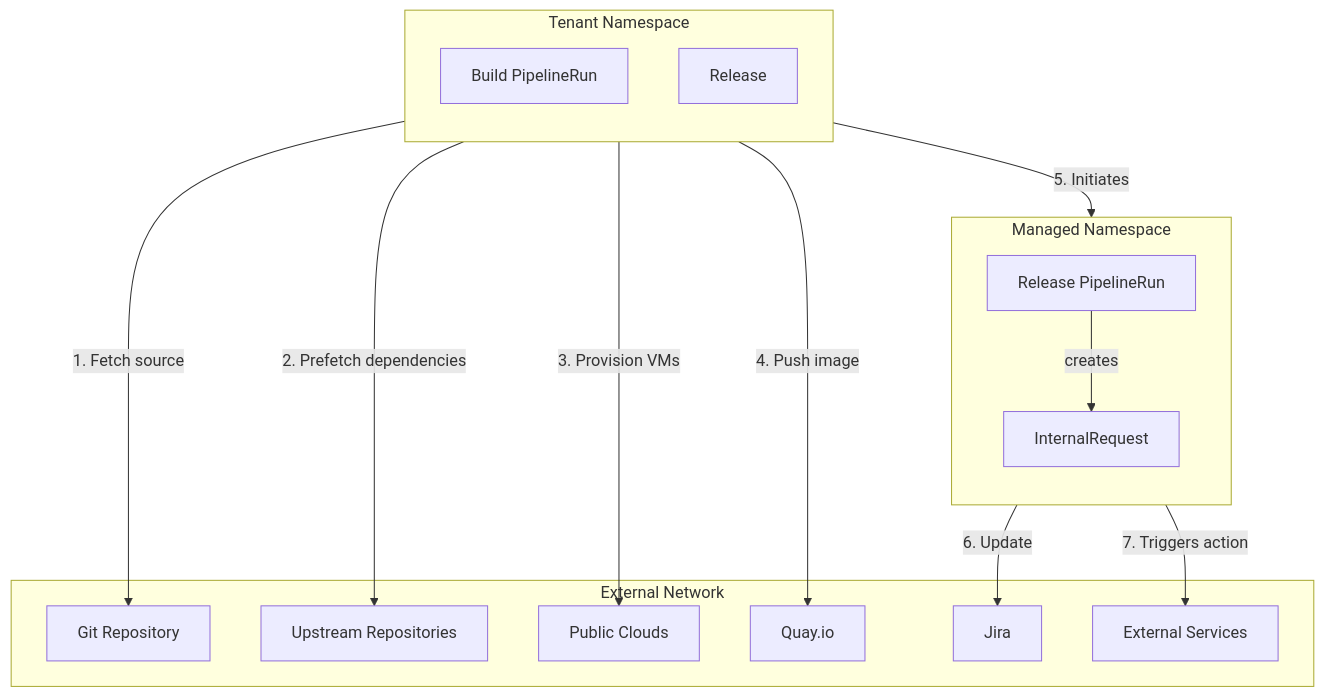
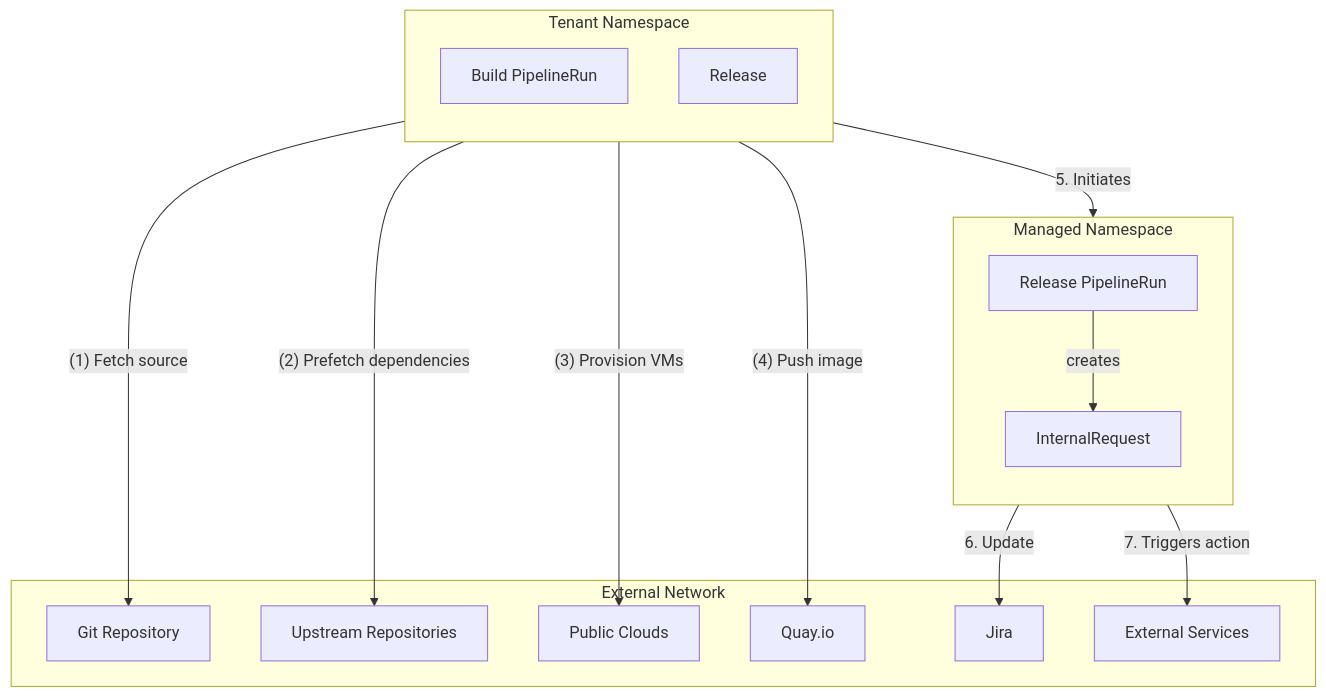
One commit to konflux-ci/architecture changed the third of 3 diagrams in architecture/index.md. Above: the diagram before and after it, drawn with Mermaid.

Commit message:
Are these supported?

````diff
--- a/architecture/index.md
+++ b/architecture/index.md
@@ -280,32 +280,32 @@
 ```mermaid
 graph TD
     subgraph tn[Tenant Namespace]
         direction TB
         bpr["Build PipelineRun"]
         r["Release"]
     end
 
     subgraph mn[Managed Namespace]
         direction TB
         rpr["Release PipelineRun"]
         ir["InternalRequest"]
     end
 
     subgraph ext[External Network]
         git[Git Repository]
         upstream_repos["Upstream Repositories"]
         clouds[Public Clouds]
         quay[Quay.io]
         jira[Jira]
         ext_svc[External Services]
     end
 
-    bpr -- "1. Fetch source" --> git
-    bpr -- "2. Prefetch dependencies" --> upstream_repos
-    bpr -- "3. Provision VMs" --> clouds
-    bpr -- "4. Push image" --> quay
+    bpr -- "(1) Fetch source" --> git
+    bpr -- "(2) Prefetch dependencies" --> upstream_repos
+    bpr -- "(3) Provision VMs" --> clouds
+    bpr -- "(4) Push image" --> quay
     r -- "5. Initiates" --> rpr
     rpr -- "6. Update" --> jira
     rpr -- "creates" --> ir
     ir -- "7. Triggers action" --> ext_svc
 ```
````
